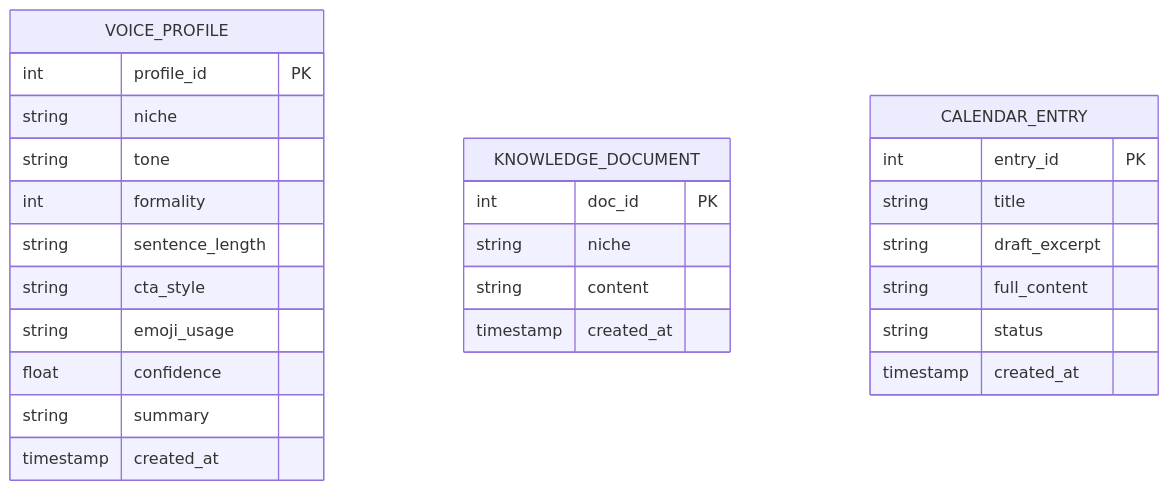
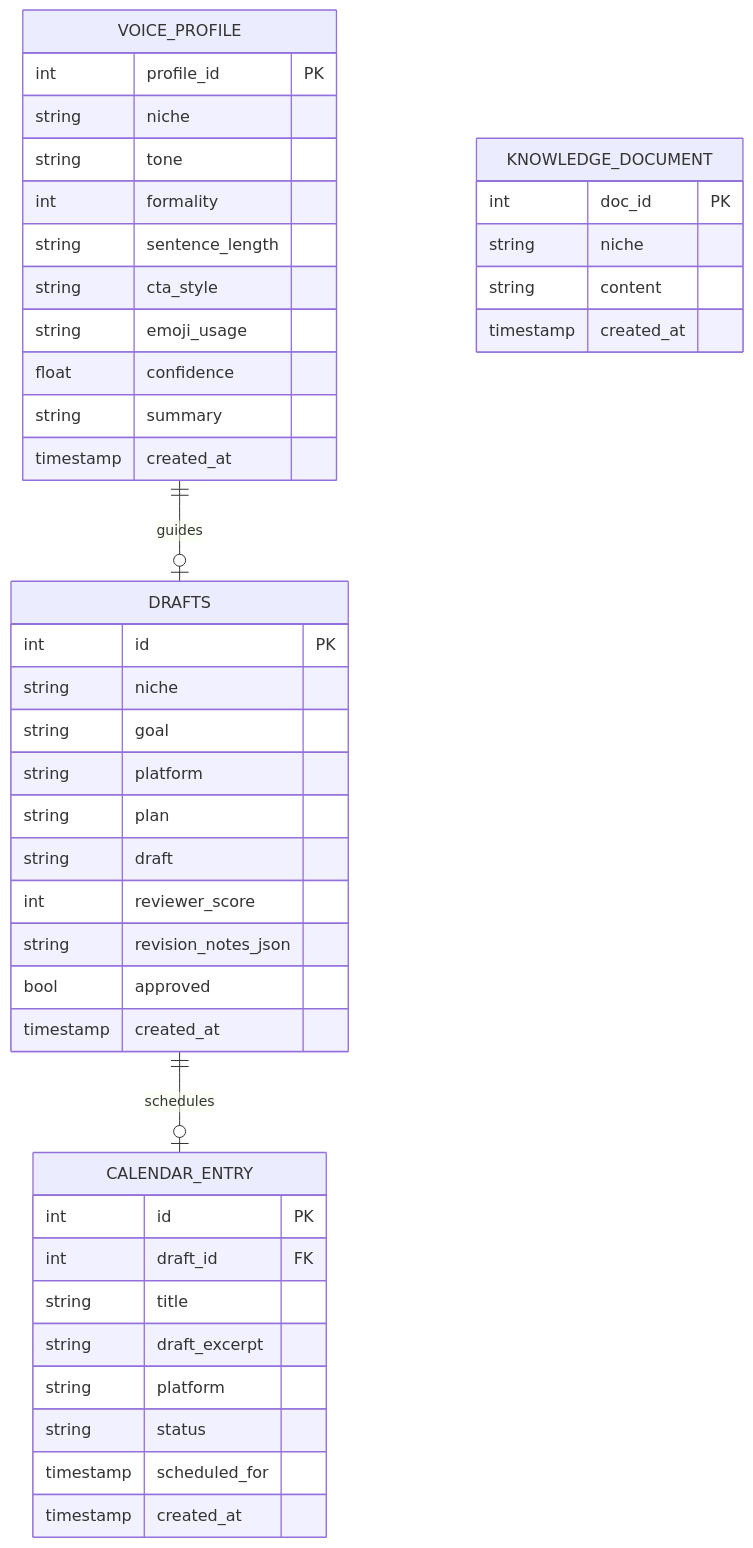
The fifth of 8 diagrams in docs/Architecture.md (Starlord00788/PersonaPost), drawn with Mermaid before and after one commit. The commit also changed other lines of this file and 1 other file, not shown here.

Commit message:
docs: update README and Architecture.md with JWT auth, rate limits, trends cache, and SpeechSynthesis TTS diagrams

````diff
--- a/docs/Architecture.md
+++ b/docs/Architecture.md
@@ -133,29 +133,45 @@
 ```mermaid
 erDiagram
     VOICE_PROFILE {
         int profile_id PK
         string niche
         string tone
         int formality
         string sentence_length
         string cta_style
         string emoji_usage
         float confidence
         string summary
         timestamp created_at
     }
     KNOWLEDGE_DOCUMENT {
         int doc_id PK
         string niche
         string content
         timestamp created_at
     }
+    DRAFTS {
+        int id PK
+        string niche
+        string goal
+        string platform
+        string plan
+        string draft
+        int reviewer_score
+        string revision_notes_json
+        bool approved
+        timestamp created_at
+    }
     CALENDAR_ENTRY {
-        int entry_id PK
+        int id PK
+        int draft_id FK
         string title
         string draft_excerpt
-        string full_content
+        string platform
         string status
+        timestamp scheduled_for
         timestamp created_at
     }
+    VOICE_PROFILE ||--o| DRAFTS : guides
+    DRAFTS ||--o| CALENDAR_ENTRY : schedules
 ```
````
